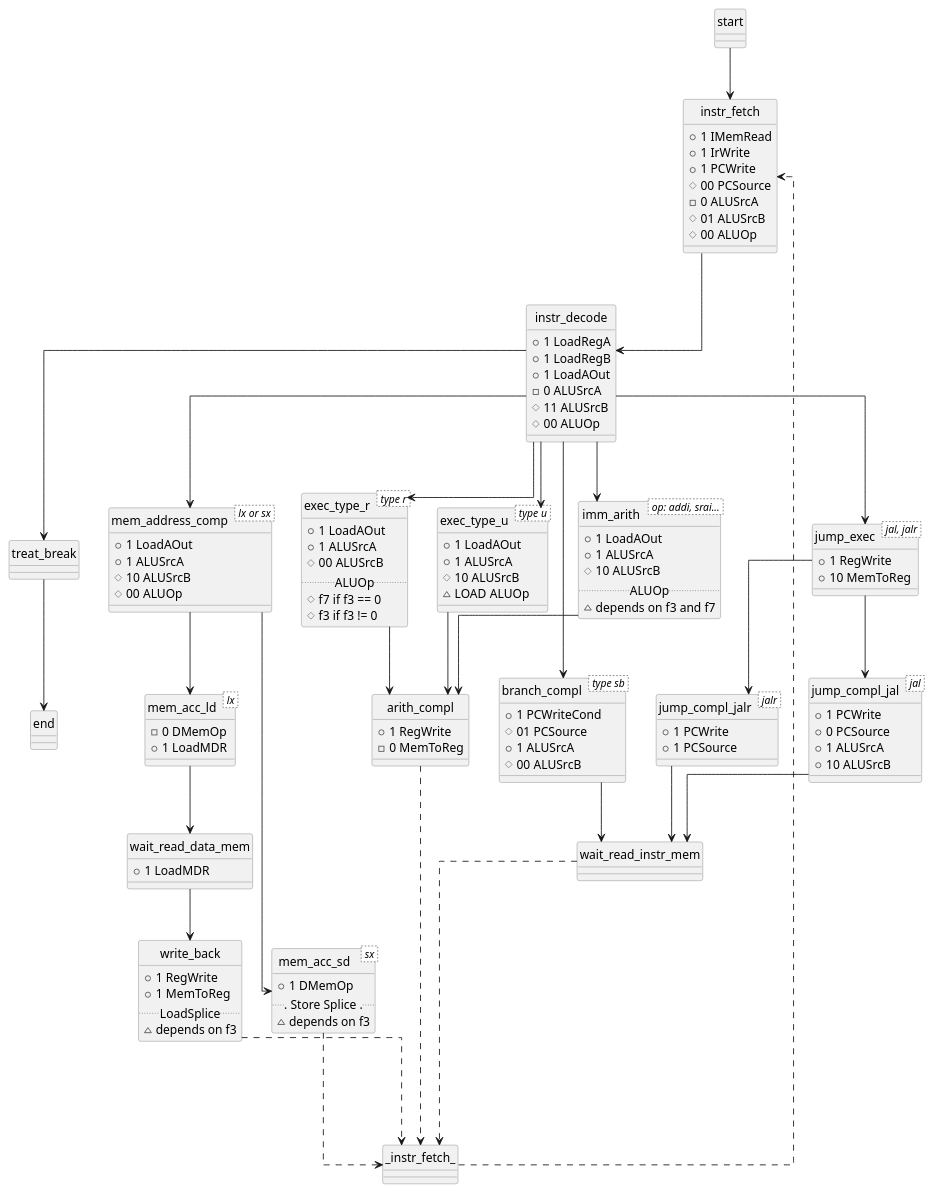
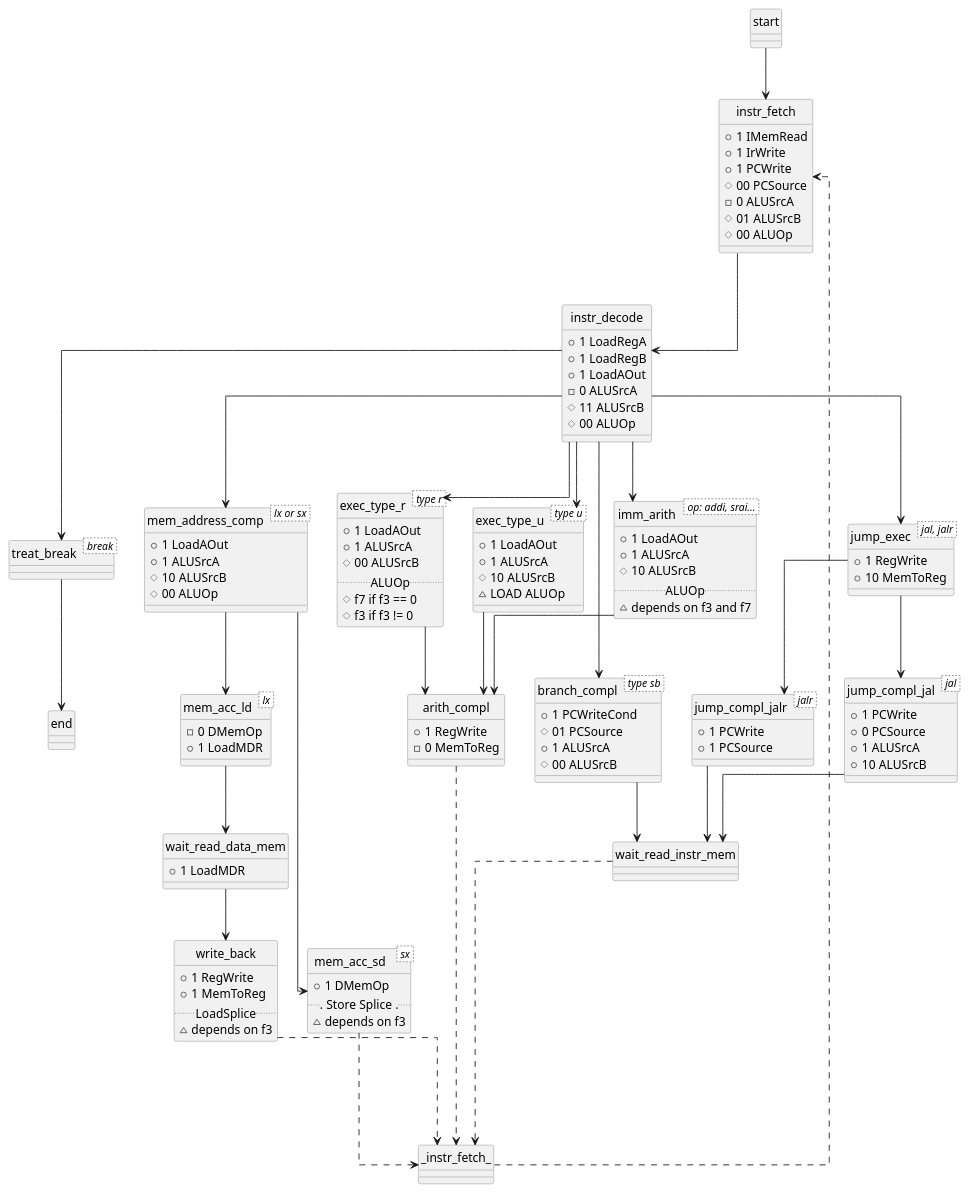
One commit to aricneto/RISC-DCCCLXVII changed the diagram in docs/state.plantuml. Above: the diagram before and after it, drawn with PlantUML. The commit also changed 3 other files, not shown here.

```diff
--- a/docs/state.plantuml
+++ b/docs/state.plantuml
@@ -1,165 +1,165 @@
 @startuml staty
 
 skinparam monochrome true
 'line ortho, polyline
 skinparam linetype ortho
 skinparam shadowing false
 skinparam class {
 	'BackgroundColor PaleGreen
 	'ArrowColor SeaGreen
 	BorderColor gray
 }
 
 class start {
 
 }
 
 class instr_fetch {
     + 1 IMemRead
     + 1 IrWrite
     + 1 PCWrite
     # 00 PCSource
     - 0 ALUSrcA
     # 01 ALUSrcB
     # 00 ALUOp
 }
 
 class instr_decode {
     + 1 LoadRegA
     + 1 LoadRegB
     + 1 LoadAOut
     - 0 ALUSrcA
     # 11 ALUSrcB
     # 00 ALUOp
 }
 
-class treat_break {
+class treat_break < break >{
 
 }
 
 class mem_address_comp < lx or sx > {
     + 1 LoadAOut
     + 1 ALUSrcA
     # 10 ALUSrcB
     # 00 ALUOp 
 }
 
 class mem_acc_ld < lx > {
     - 0 DMemOp
     + 1 LoadMDR
 }
 
 class mem_acc_sd < sx >{
     + 1 DMemOp
     ... Store Splice ...
     ~ depends on f3
 }
 
 class write_back {
     + 1 RegWrite
     + 1 MemToReg
     .. LoadSplice ..
     ~ depends on f3
 }
 
 class exec_type_r < type r >{
     + 1 LoadAOut
     + 1 ALUSrcA
     # 00 ALUSrcB
     .. ALUOp ..
     # f7 if f3 == 0
     # f3 if f3 != 0
 }
 
 class exec_type_u < type u > {
     + 1 LoadAOut
     + 1 ALUSrcA
     # 10 ALUSrcB
     ~ LOAD ALUOp
 }
 
 class imm_arith < op: addi, srai... >{
     + 1 LoadAOut
     + 1 ALUSrcA
     # 10 ALUSrcB
     .. ALUOp ..
     ~ depends on f3 and f7
 }
 
 class arith_compl {
     + 1 RegWrite
     - 0 MemToReg
 }
 
 class branch_compl < type sb > {
     + 1 PCWriteCond
     # 01 PCSource
     + 1 ALUSrcA
     # 00 ALUSrcB
 }
 
 class jump_exec < jal, jalr > {
     + 1 RegWrite
     + 10 MemToReg
 }
 
 class jump_compl_jalr < jalr > {
     + 1 PCWrite
     + 1 PCSource
 }
 
 class jump_compl_jal < jal > {
     + 1 PCWrite
     + 0 PCSource
     + 1 ALUSrcA
     + 10 ALUSrcB
 }
 
 class wait_read_data_mem {
     + 1 LoadMDR
 }
 
 class wait_read_instr_mem {
 
 }
 
 start --> instr_fetch
 instr_fetch --> instr_decode
 
 instr_decode --> mem_address_comp
 instr_decode --> imm_arith
 instr_decode --> exec_type_r
 instr_decode --> exec_type_u
 instr_decode --> branch_compl
 instr_decode --> jump_exec
 instr_decode --> treat_break
 
 treat_break --> end
 
 mem_address_comp --> mem_acc_ld
 mem_address_comp --> mem_acc_sd
 
 exec_type_r --> arith_compl
 imm_arith --> arith_compl
 exec_type_u --> arith_compl
 
 branch_compl --> wait_read_instr_mem
 jump_exec --> jump_compl_jalr
 jump_exec --> jump_compl_jal
 
 jump_compl_jal --> wait_read_instr_mem
 jump_compl_jalr --> wait_read_instr_mem
 
 mem_acc_ld --> wait_read_data_mem
 wait_read_data_mem --> write_back
 
 mem_acc_sd -.-> _instr_fetch_
 write_back -.-> _instr_fetch_
 arith_compl -.-> _instr_fetch_
 wait_read_instr_mem -.-> _instr_fetch_
 
 _instr_fetch_ -.-> instr_fetch
 
 hide class circle
 
 @enduml
```
